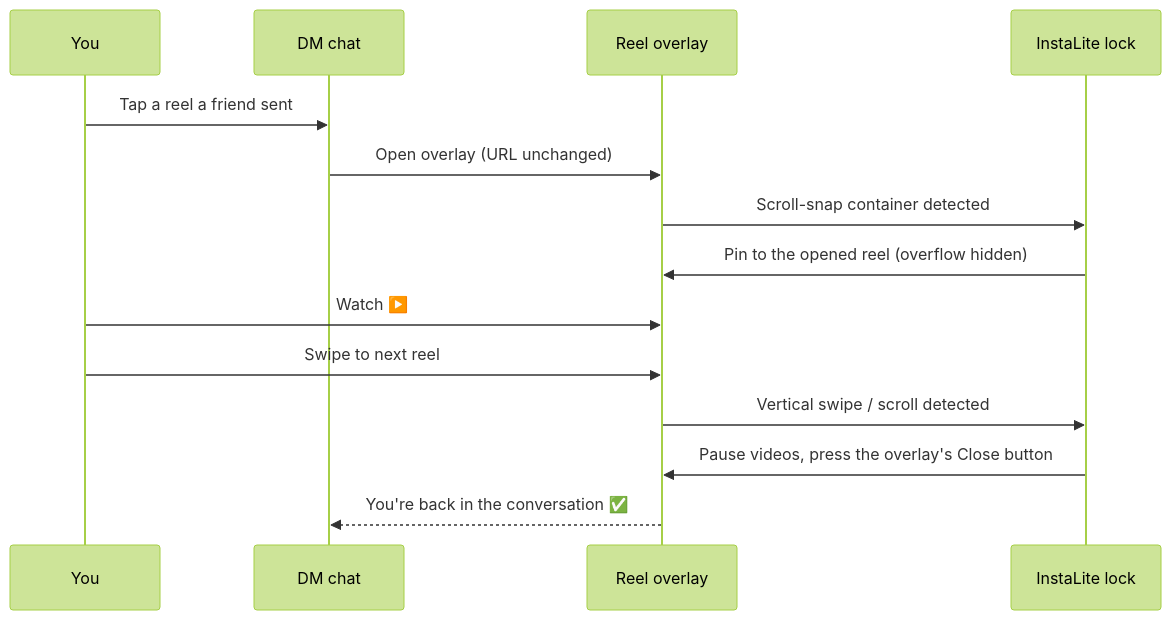
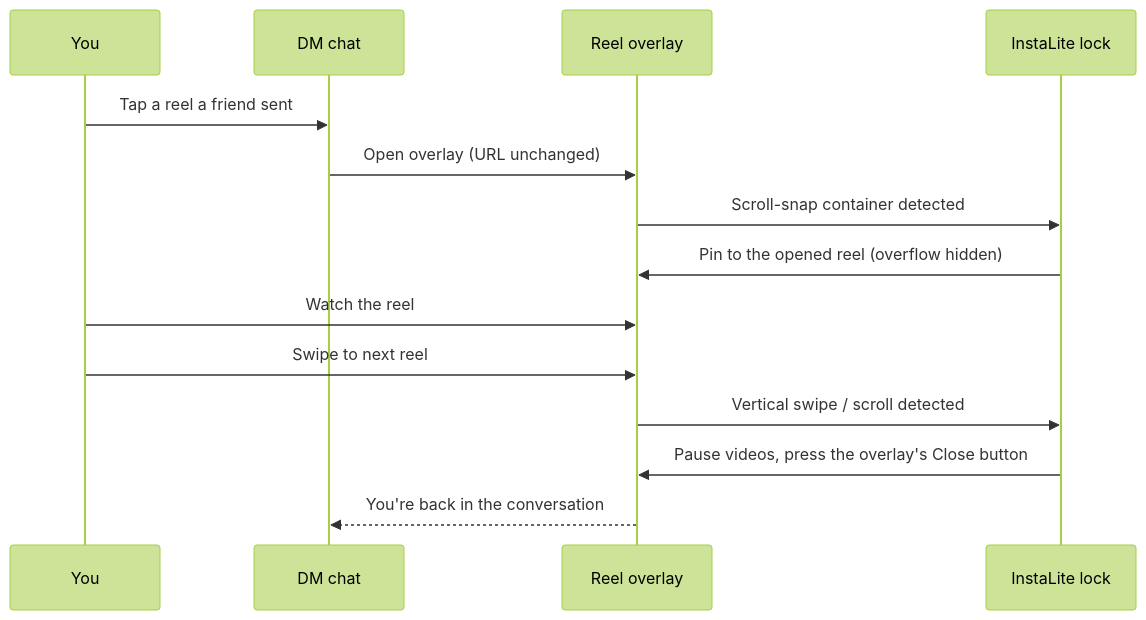
The second of 2 diagrams in README.md (MohammadAlsheroa/instalite), drawn with Mermaid (forest theme) before and after one commit. The commit also changed other lines of this file, not shown here.

````diff
--- a/README.md
+++ b/README.md
@@ -73,17 +73,17 @@
 ```mermaid
 sequenceDiagram
     participant You
     participant Chat as DM chat
     participant Viewer as Reel overlay
     participant Lock as InstaLite lock
 
     You->>Chat: Tap a reel a friend sent
     Chat->>Viewer: Open overlay (URL unchanged)
     Viewer->>Lock: Scroll-snap container detected
     Lock->>Viewer: Pin to the opened reel (overflow hidden)
-    You->>Viewer: Watch ▶️
+    You->>Viewer: Watch the reel
     You->>Viewer: Swipe to next reel
     Viewer->>Lock: Vertical swipe / scroll detected
     Lock->>Viewer: Pause videos, press the overlay's Close button
-    Viewer-->>Chat: You're back in the conversation ✅
+    Viewer-->>Chat: You're back in the conversation
 ```
````
